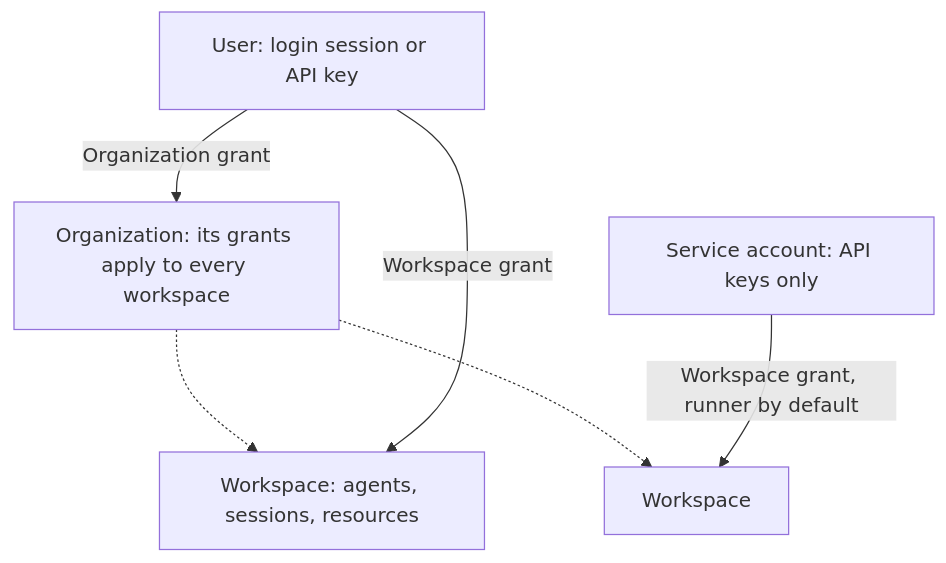
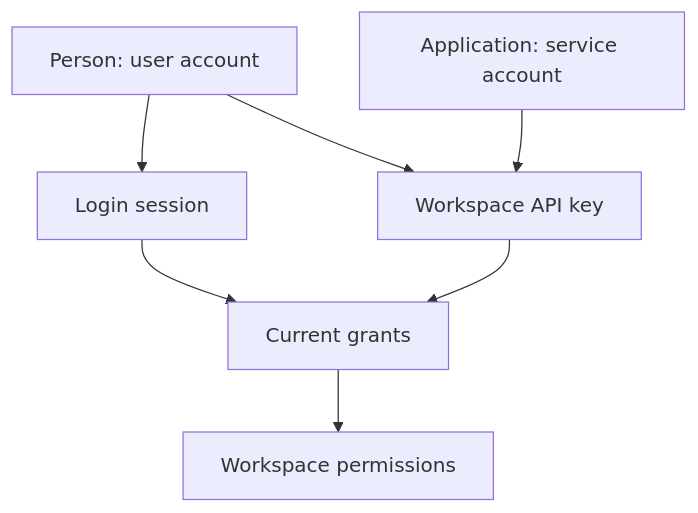
One commit to Jarvis636431/agent-foundation changed the diagram in docs/a13n-service/identity.md. Above: the diagram before and after it, drawn with Mermaid. The commit also changed other lines of this file and 202 other files, not shown here.

````diff
--- a/docs/a13n-service/identity.md
+++ b/docs/a13n-service/identity.md
@@ -8,13 +10,12 @@
 ```mermaid
 flowchart TB
-    User["User: login session or API key"]
-    Account["Service account: API keys only"]
-    User -->|"Organization grant"| Organization["Organization: its grants apply to every workspace"]
-    Organization -.-> Workspace1["Workspace: agents, sessions, resources"]
-    Organization -.-> Workspace2["Workspace"]
-    User -->|"Workspace grant"| Workspace1
-    Account -->|"Workspace grant, runner by default"| Workspace2
+    User["Person: user account"] --> Login["Login session"]
+    User --> Key["Workspace API key"]
+    App["Application: service account"] --> Key
+    Login --> Grants["Current grants"]
+    Key --> Grants
+    Grants --> Workspace["Workspace permissions"]
 
-    class User,Account app
-    class Organization,Workspace1,Workspace2 a13n
+    class User,App app
+    class Login,Key,Grants,Workspace a13n
 ```
````
